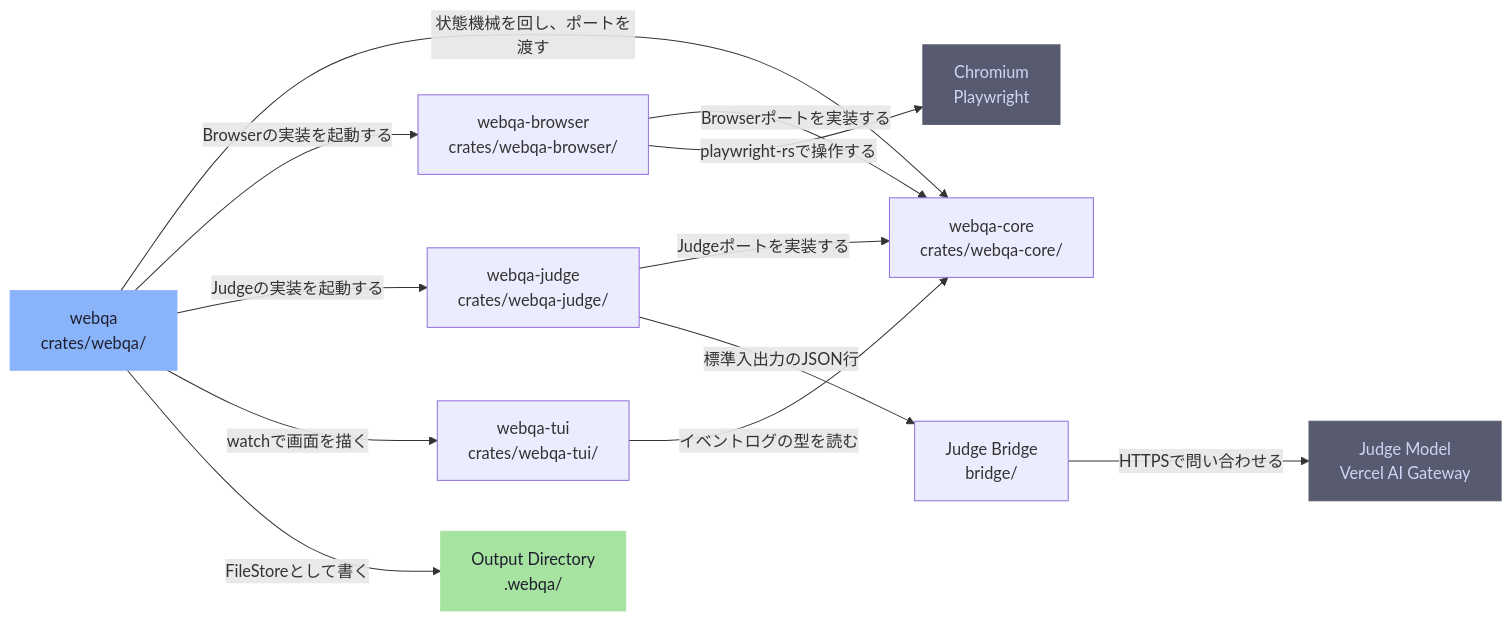
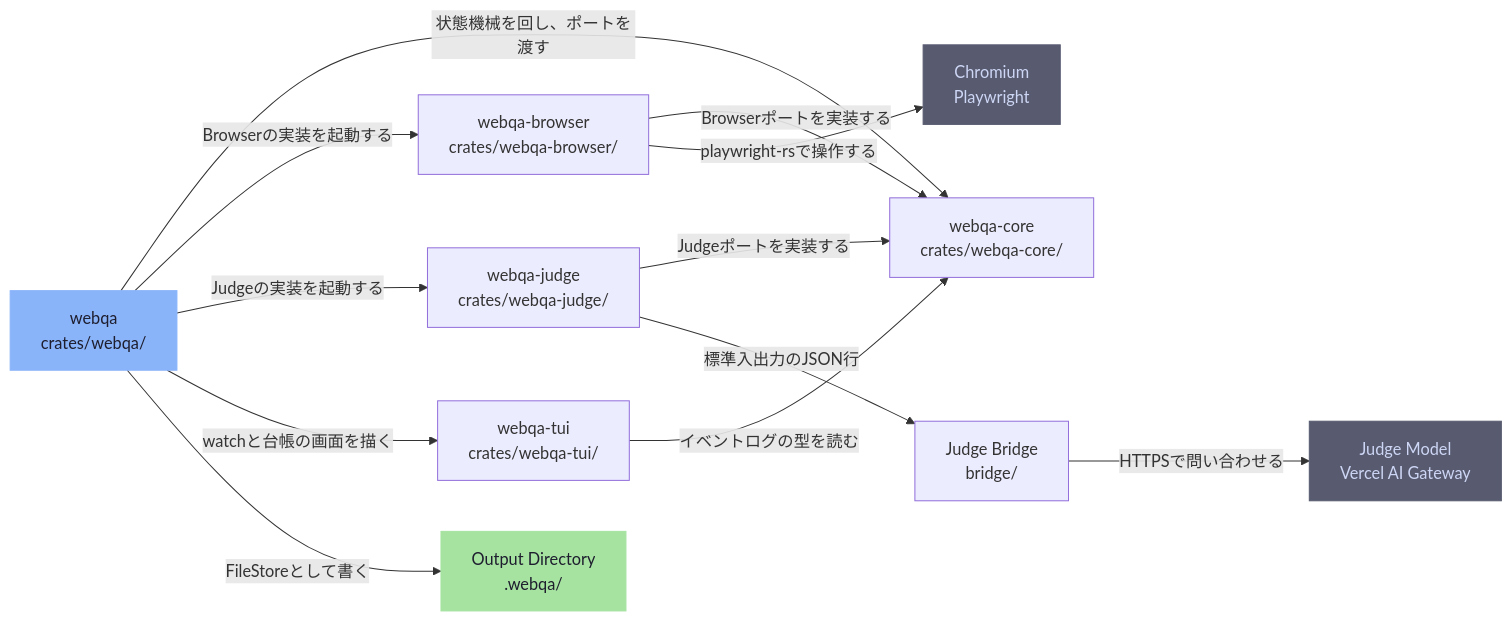
Before and after one commit to Hakkadaikon/webqa-explorer: the diagram in .omm/overall-architecture/diagram.mmd, drawn with Mermaid. The commit also changed 13 other files, not shown here.

First line of the commit message:
docs(arch): diff-review の指摘に合わせて設計書と図を直す

```diff
--- a/.omm/overall-architecture/diagram.mmd
+++ b/.omm/overall-architecture/diagram.mmd
@@ -1,24 +1,24 @@
 graph LR
     webqa["webqa\ncrates/webqa/"]:::entry
     webqa-core["webqa-core\ncrates/webqa-core/"]
     webqa-browser["webqa-browser\ncrates/webqa-browser/"]
     webqa-judge["webqa-judge\ncrates/webqa-judge/"]
     webqa-tui["webqa-tui\ncrates/webqa-tui/"]
     judge-bridge["Judge Bridge\nbridge/"]
     chromium["Chromium\nPlaywright"]:::external
     judge-model["Judge Model\nVercel AI Gateway"]:::external
     output-dir["Output Directory\n.webqa/"]:::store
     webqa -->|"状態機械を回し、ポートを渡す"| webqa-core
     webqa -->|"Browserの実装を起動する"| webqa-browser
     webqa -->|"Judgeの実装を起動する"| webqa-judge
-    webqa -->|"watchで画面を描く"| webqa-tui
+    webqa -->|"watchと台帳の画面を描く"| webqa-tui
     webqa-browser -->|"Browserポートを実装する"| webqa-core
     webqa-judge -->|"Judgeポートを実装する"| webqa-core
     webqa-tui -->|"イベントログの型を読む"| webqa-core
     webqa-browser -->|"playwright-rsで操作する"| chromium
     webqa-judge -->|"標準入出力のJSON行"| judge-bridge
     judge-bridge -->|"HTTPSで問い合わせる"| judge-model
     webqa -->|"FileStoreとして書く"| output-dir
     classDef entry fill:#89b4fa,stroke:#89b4fa,color:#1e1e2e
     classDef external fill:#585b70,stroke:#585b70,color:#cdd6f4
     classDef store fill:#a6e3a1,stroke:#a6e3a1,color:#1e1e2e
```
